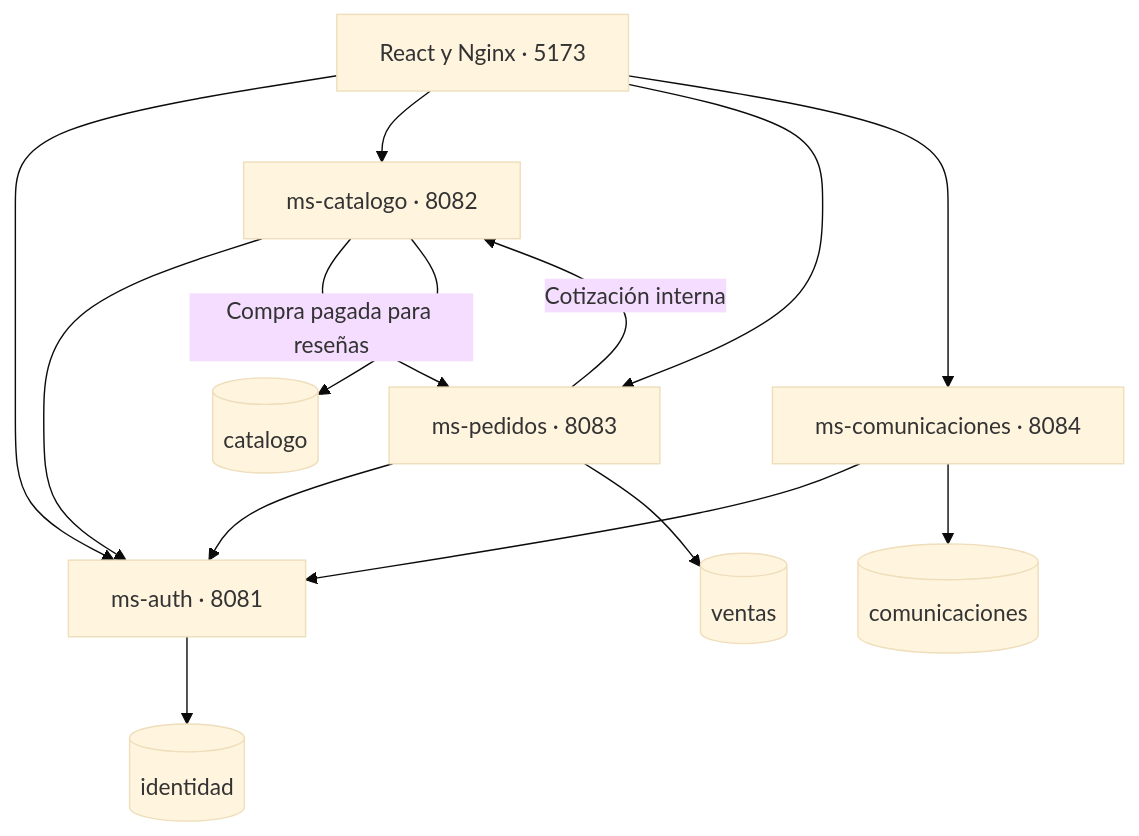
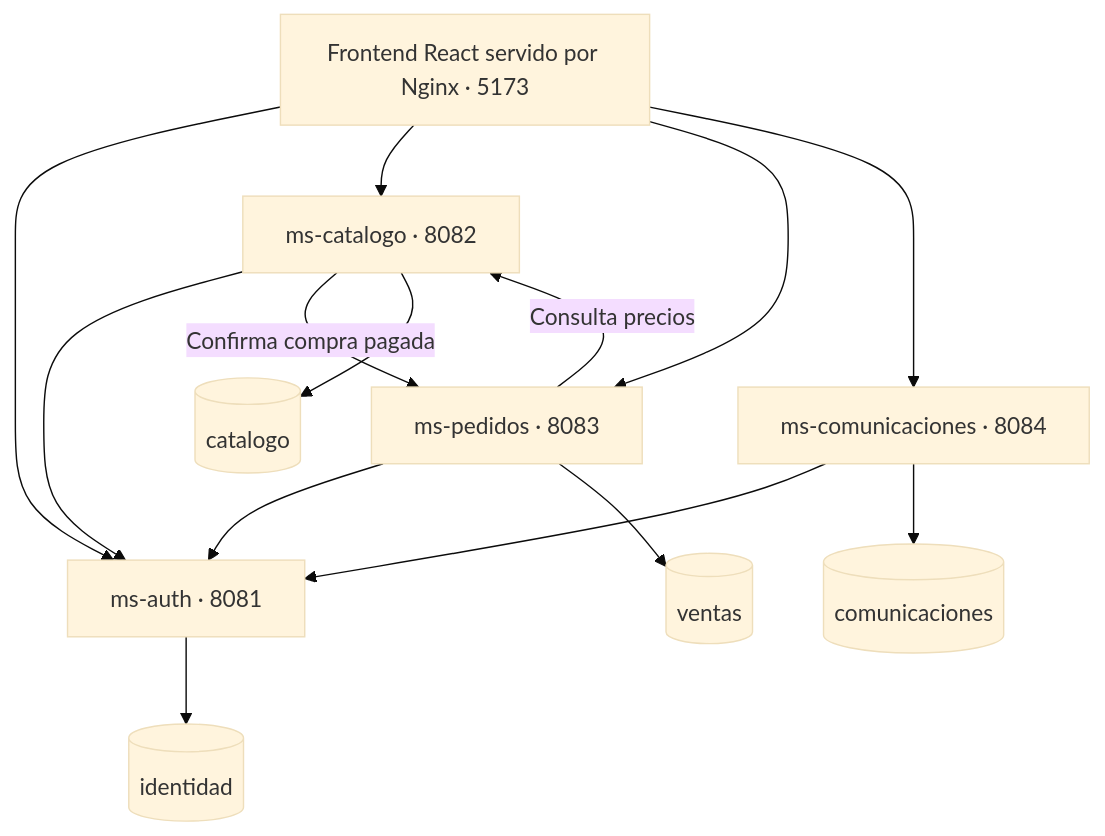
The diagram in README.md (pablophdev/jarodandre-backend), drawn with Mermaid (base theme) before and after one commit. The commit also changed other lines of this file, not shown here.

````diff
--- a/README.md
+++ b/README.md
@@ -7,16 +9,16 @@
 ```mermaid
 flowchart TD
-    UI[React y Nginx · 5173] --> A[ms-auth · 8081]
+    UI[Frontend React servido por Nginx · 5173] --> A[ms-auth · 8081]
     UI --> C[ms-catalogo · 8082]
     UI --> P[ms-pedidos · 8083]
     UI --> M[ms-comunicaciones · 8084]
     C --> A
     P --> A
     M --> A
-    P -->|Cotización interna| C
-    C -->|Compra pagada para reseñas| P
+    P -->|Consulta precios| C
+    C -->|Confirma compra pagada| P
     A --> D1[(identidad)]
     C --> D2[(catalogo)]
     P --> D3[(ventas)]
     M --> D4[(comunicaciones)]
 ```
````
